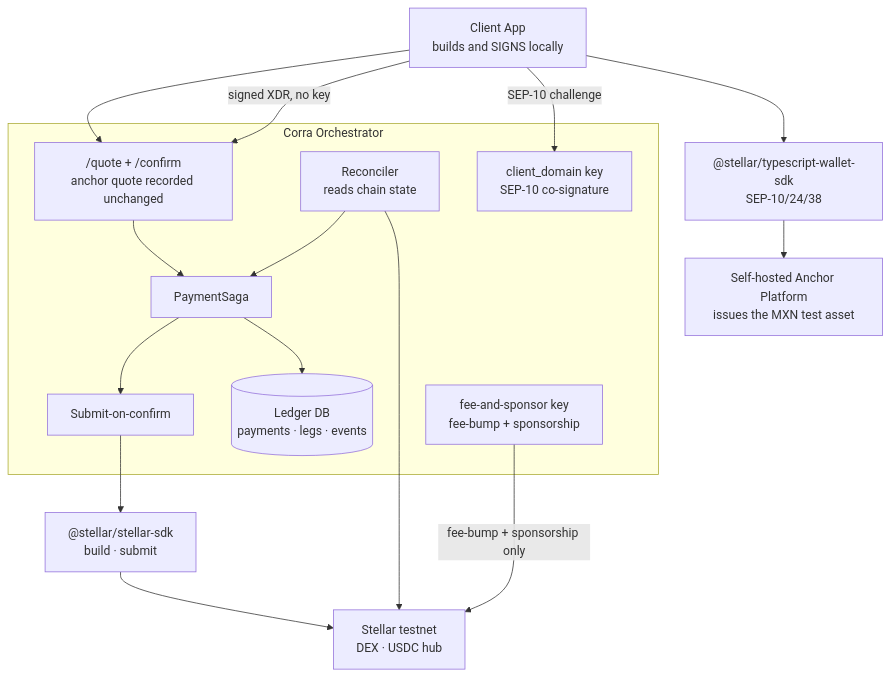
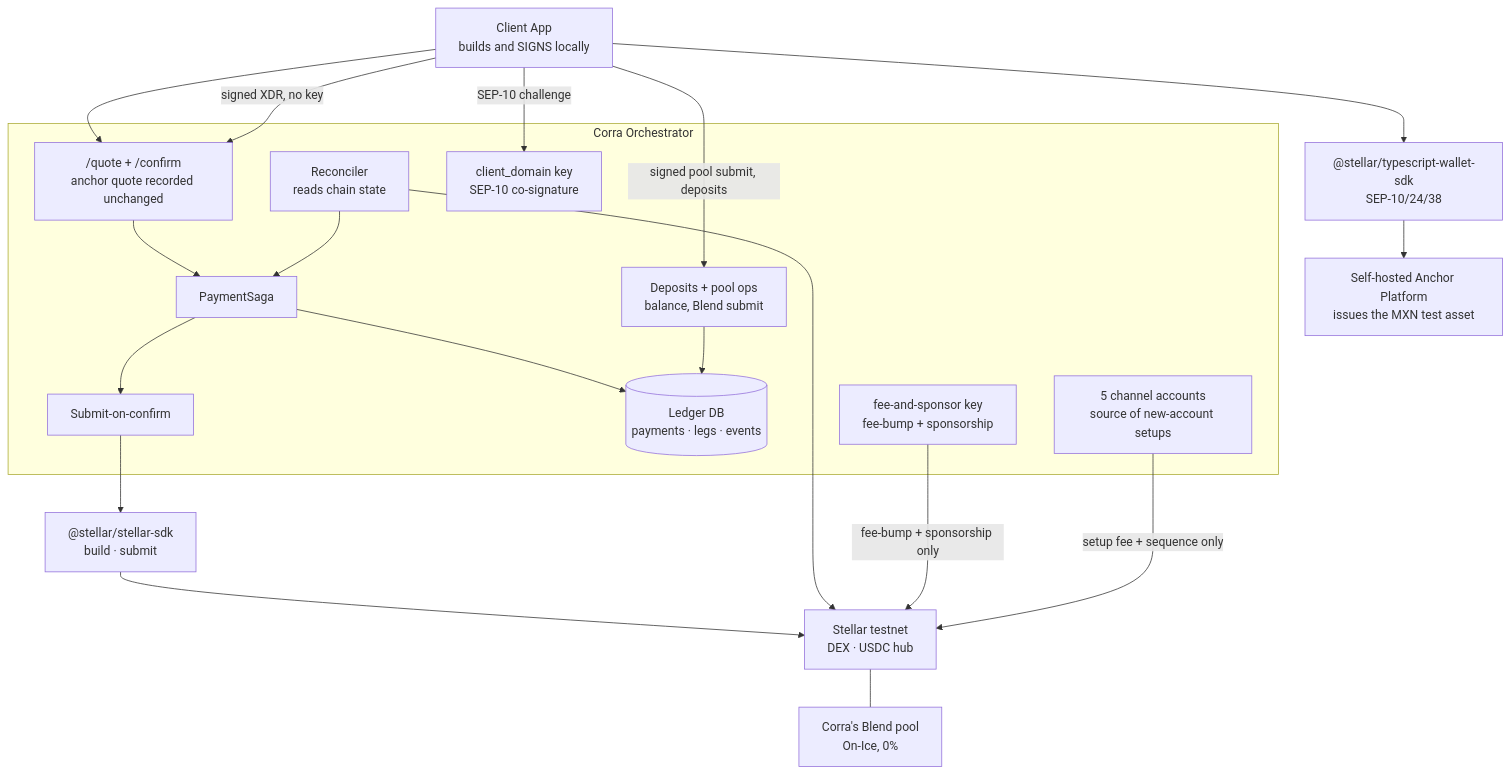
One commit to yigitcangokmen/corramoney changed the first of 3 diagrams in docs/architecture.md. Above: the diagram before and after it, drawn with Mermaid. The commit also changed other lines of this file and 12 other files, not shown here.

Commit message:
docs: month 2 architecture, api, risks, testnet reset, release checklist

````diff
--- a/docs/architecture.md
+++ b/docs/architecture.md
@@ -156,31 +171,38 @@
 ```mermaid
 flowchart TB
     App["Client App<br/>builds and SIGNS locally"]
     subgraph Core["Corra Orchestrator"]
         API["/quote + /confirm<br/>anchor quote recorded unchanged"]
         SAGA["PaymentSaga"]
         SUB["Submit-on-confirm"]
         REC["Reconciler<br/>reads chain state"]
         LED[("Ledger DB<br/>payments · legs · events")]
         FEE["fee-and-sponsor key<br/>fee-bump + sponsorship"]
         CD["client_domain key<br/>SEP-10 co-signature"]
+        CH["5 channel accounts<br/>source of new-account setups"]
+        DEP["Deposits + pool ops<br/>balance, Blend submit"]
     end
+    POOL["Corra's Blend pool<br/>On-Ice, 0%"]
     SDK["@stellar/typescript-wallet-sdk<br/>SEP-10/24/38"]
     STL["@stellar/stellar-sdk<br/>build · submit"]
     ANC["Self-hosted Anchor Platform<br/>issues the MXN test asset"]
     NET["Stellar testnet<br/>DEX · USDC hub"]
 
     App --> API
     API --> SAGA
     SAGA --> LED
     SAGA --> SUB
     REC --> SAGA
     App -- "signed XDR, no key" --> API
     App --> SDK
     App -- "SEP-10 challenge" --> CD
     SDK --> ANC
     SUB --> STL
     STL --> NET
     REC --> NET
     FEE -- "fee-bump + sponsorship only" --> NET
+    CH -- "setup fee + sequence only" --> NET
+    App -- "signed pool submit, deposits" --> DEP
+    DEP --> LED
+    NET --- POOL
 ```
````
